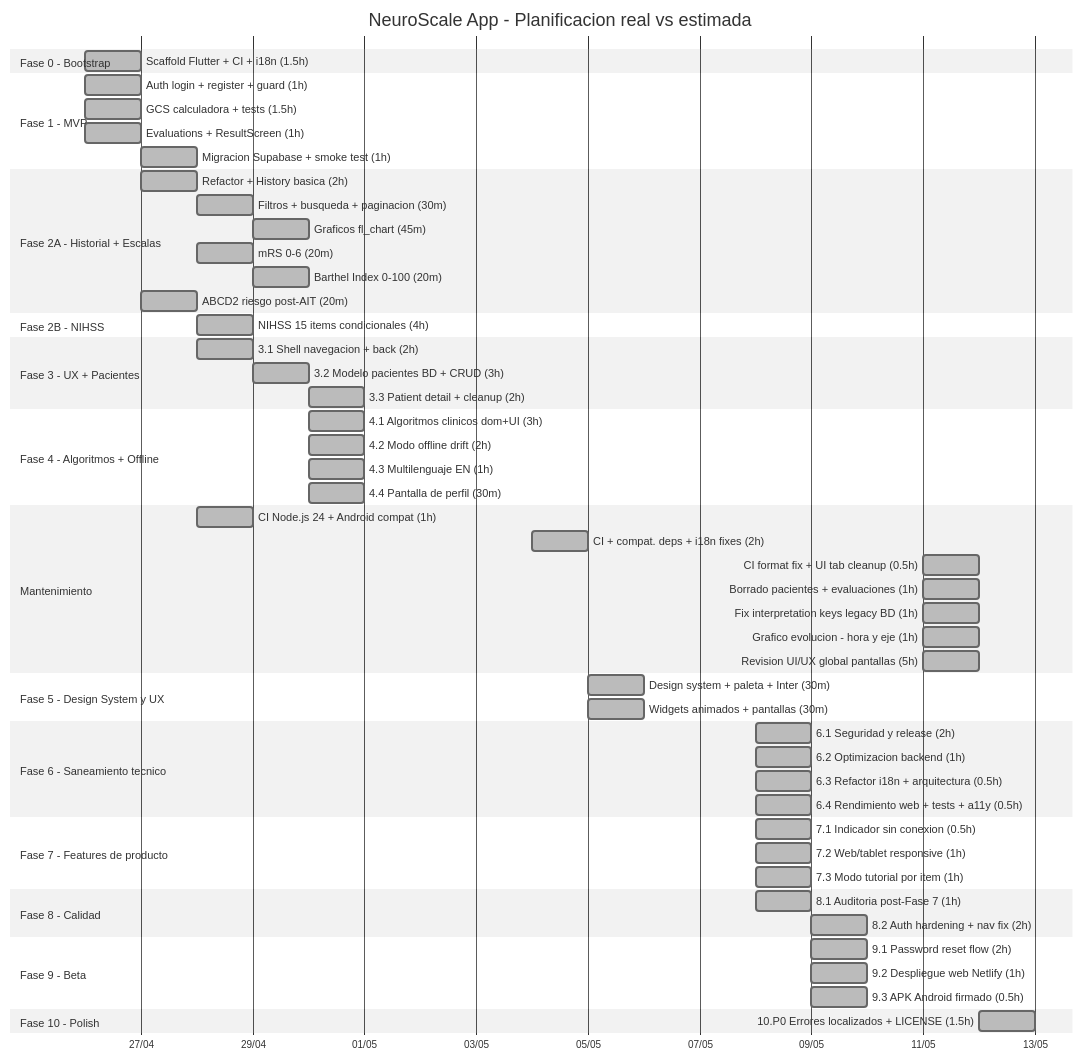
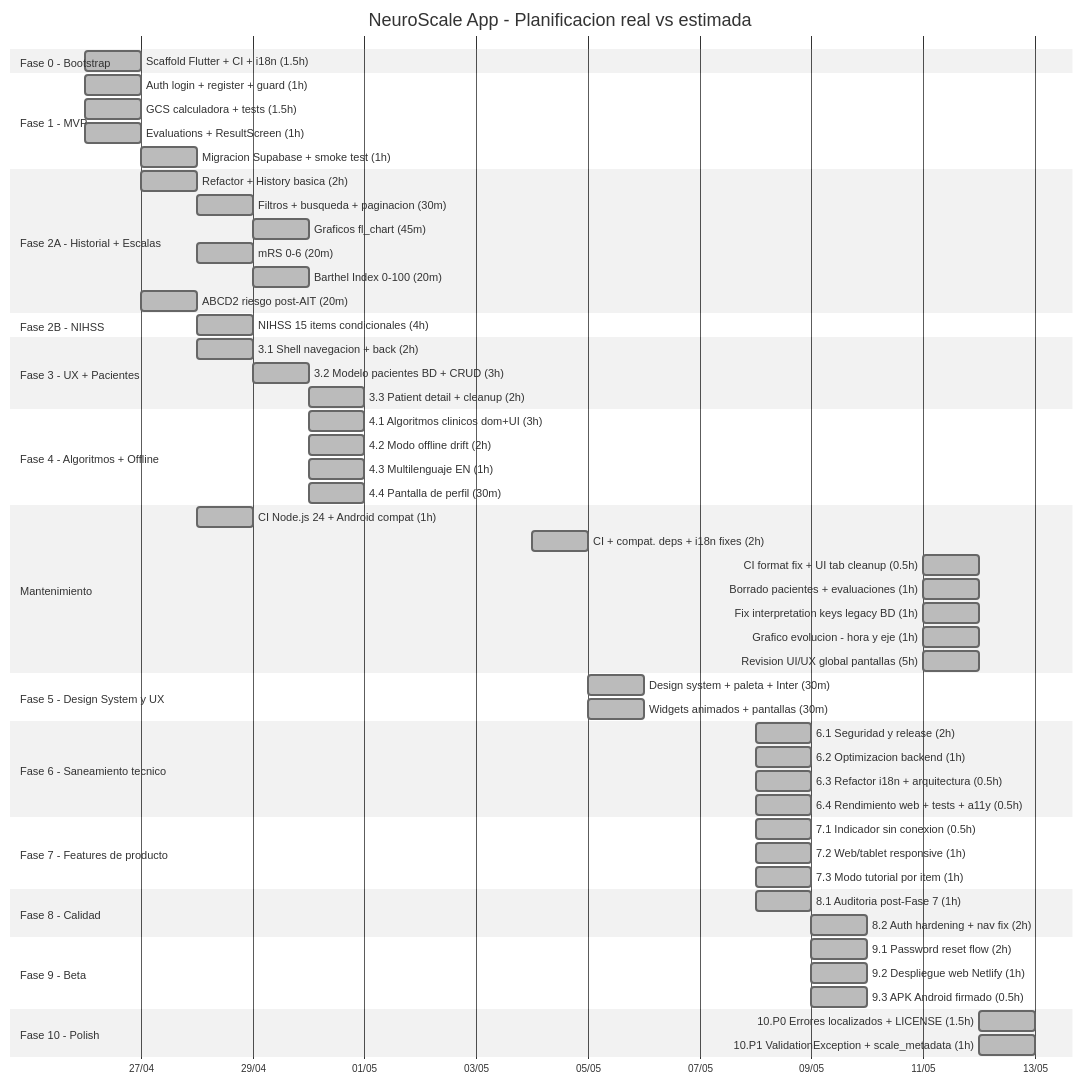
Before and after one commit to grisllo/NeuroScaleApp: the diagram in README.md, drawn with Mermaid (neutral theme). The commit also changed other lines of this file and 1 other file, not shown here.

Commit message:
docs(gantt): actualizar Fase 10 P1/P2 completadas 2026-05-12 (~1h)

````diff
--- a/README.md
+++ b/README.md
@@ -47,73 +47,74 @@
 ```mermaid
 gantt
     title NeuroScale App - Planificacion real vs estimada
     dateFormat  YYYY-MM-DD
     axisFormat  %d/%m
 
     section Fase 0 - Bootstrap
     Scaffold Flutter + CI + i18n (1.5h)      :done, f0,   2026-04-26, 1d
 
     section Fase 1 - MVP
     Auth login + register + guard (1h)       :done, f1a,  2026-04-26, 1d
     GCS calculadora + tests (1.5h)           :done, f1b,  2026-04-26, 1d
     Evaluations + ResultScreen (1h)          :done, f1c,  2026-04-26, 1d
     Migracion Supabase + smoke test (1h)     :done, f1d,  2026-04-27, 1d
 
     section Fase 2A - Historial + Escalas
     Refactor + History basica (2h)           :done, f2a1, 2026-04-27, 1d
     Filtros + busqueda + paginacion (30m)    :done, f2a2, after f2a1, 1d
     Graficos fl_chart (45m)                  :done, f2a3, after f2a2, 1d
     mRS 0-6 (20m)                            :done, f2a4, after f2a1, 1d
     Barthel Index 0-100 (20m)                :done, f2a5, after f2a4, 1d
     ABCD2 riesgo post-AIT (20m)              :done, f2a6, 2026-04-27, 1d
 
     section Fase 2B - NIHSS
     NIHSS 15 items condicionales (4h)        :done, f2b,  2026-04-28, 1d
 
     section Fase 3 - UX + Pacientes
     3.1 Shell navegacion + back (2h)         :done, f3a,  2026-04-28, 1d
     3.2 Modelo pacientes BD + CRUD (3h)      :done, f3b,  2026-04-29, 1d
     3.3 Patient detail + cleanup (2h)        :done, f3c,  2026-04-30, 1d
 
     section Fase 4 - Algoritmos + Offline
     4.1 Algoritmos clinicos dom+UI (3h)      :done, f4a,  2026-04-30, 1d
     4.2 Modo offline drift (2h)              :done, f4b,  2026-04-30, 1d
     4.3 Multilenguaje EN (1h)                :done, f4c,  2026-04-30, 1d
     4.4 Pantalla de perfil (30m)             :done, f4d,  2026-04-30, 1d
 
     section Mantenimiento
     CI Node.js 24 + Android compat (1h)      :done, mnt0, 2026-04-28, 1d
     CI + compat. deps + i18n fixes (2h)      :done, mnt,  2026-05-04, 1d
     CI format fix + UI tab cleanup (0.5h)    :done, mnt2, 2026-05-11, 1d
     Borrado pacientes + evaluaciones (1h)    :done, mnt3, 2026-05-11, 1d
     Fix interpretation keys legacy BD (1h)   :done, mnt4, 2026-05-11, 1d
     Grafico evolucion - hora y eje (1h)      :done, mnt5, 2026-05-11, 1d
     Revision UI/UX global pantallas (5h)     :done, mnt6, 2026-05-11, 1d
 
     section Fase 5 - Design System y UX
     Design system + paleta + Inter (30m)     :done, f5a,  2026-05-05, 1d
     Widgets animados + pantallas (30m)       :done, f5b,  2026-05-05, 1d
 
     section Fase 6 - Saneamiento tecnico
     6.1 Seguridad y release (2h)             :done, f6a,  2026-05-08, 1d
     6.2 Optimizacion backend (1h)            :done, f6b,  2026-05-08, 1d
     6.3 Refactor i18n + arquitectura (0.5h)  :done, f6c,  2026-05-08, 1d
     6.4 Rendimiento web + tests + a11y (0.5h) :done, f6d,  2026-05-08, 1d
 
     section Fase 7 - Features de producto
     7.1 Indicador sin conexion (0.5h)        :done, f7a,  2026-05-08, 1d
     7.2 Web/tablet responsive (1h)           :done, f7b,  2026-05-08, 1d
     7.3 Modo tutorial por item (1h)          :done, f7c,  2026-05-08, 1d
 
     section Fase 8 - Calidad
     8.1 Auditoria post-Fase 7 (1h)           :done, f8a,  2026-05-08, 1d
     8.2 Auth hardening + nav fix (2h)        :done, f8b,  2026-05-09, 1d
 
     section Fase 9 - Beta
     9.1 Password reset flow (2h)             :done, f9a,  2026-05-09, 1d
     9.2 Despliegue web Netlify (1h)          :done, f9b,  2026-05-09, 1d
     9.3 APK Android firmado (0.5h)           :done, f9c,  2026-05-09, 1d
 
     section Fase 10 - Polish
     10.P0 Errores localizados + LICENSE (1.5h) :done, f10a, 2026-05-12, 1d
+    10.P1 ValidationException + scale_metadata (1h) :done, f10b, 2026-05-12, 1d
 ```
````
